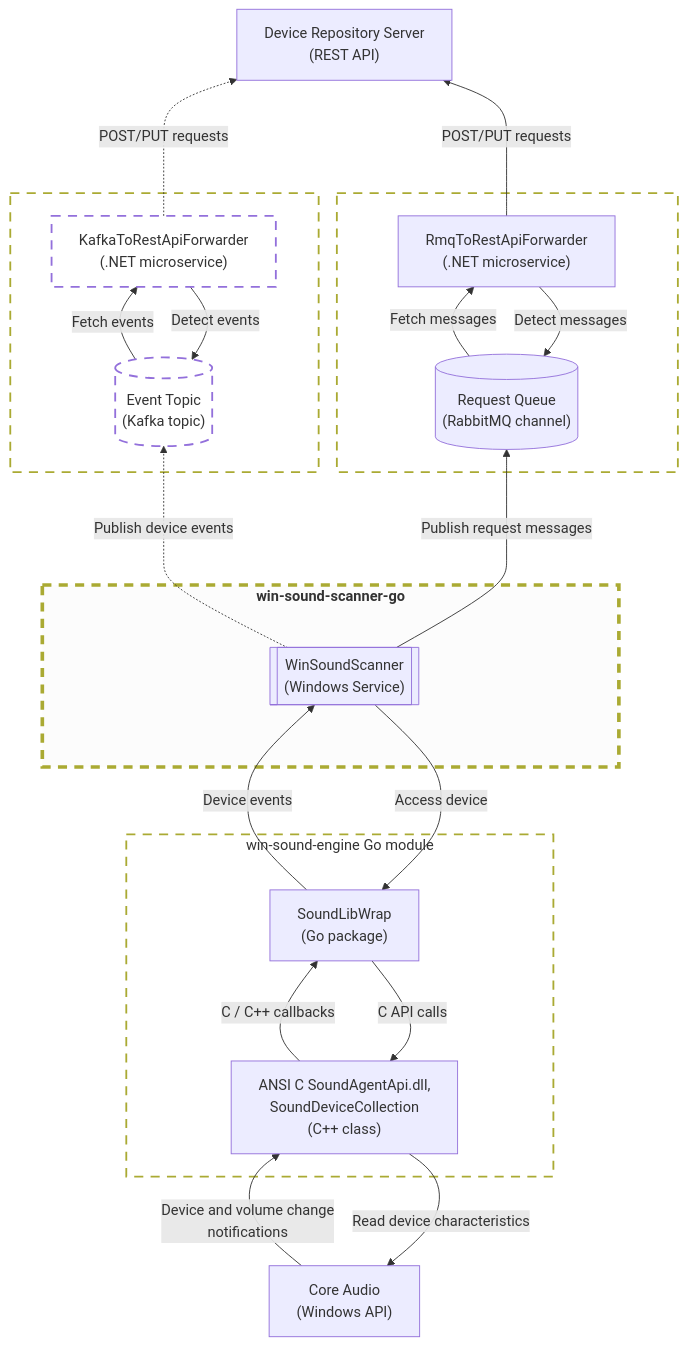
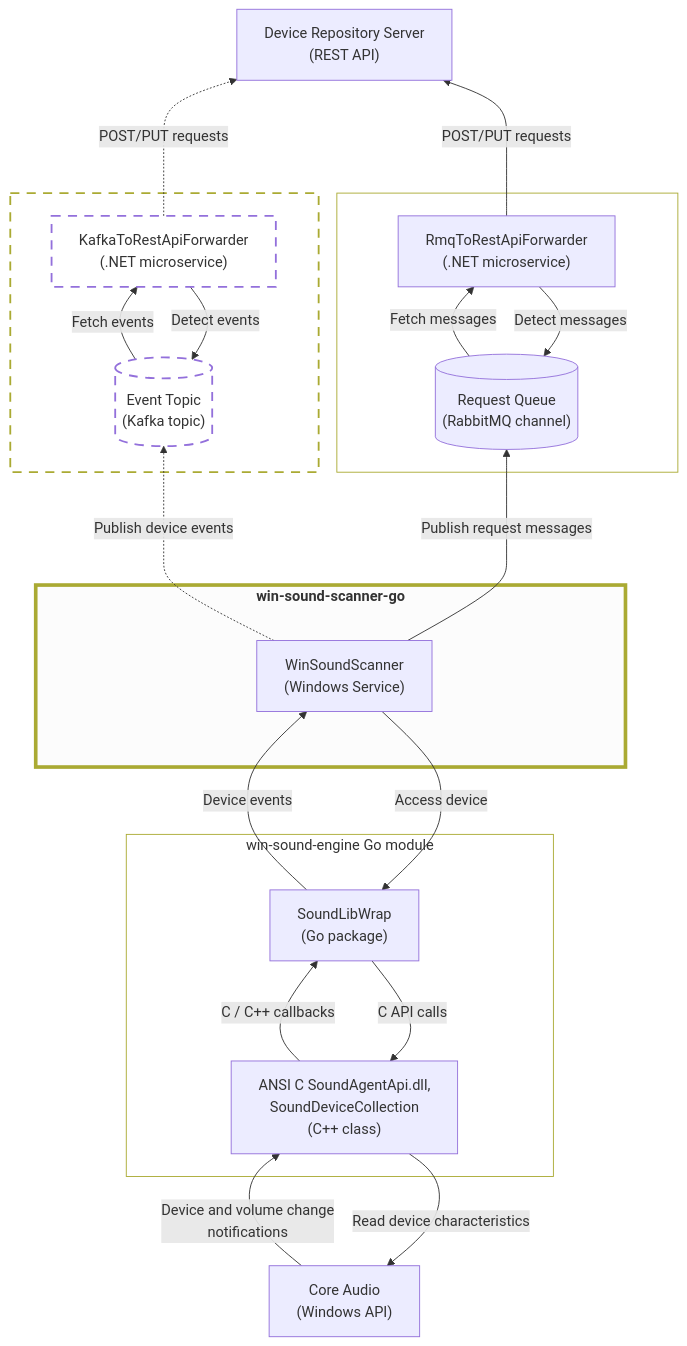
The diagram in README.md (collect-sound-devices/win-sound-scanner-go), drawn with Mermaid before and after one commit.

Commit message:
flowchart styling improvement

````diff
--- a/README.md
+++ b/README.md
@@ -10,64 +10,65 @@
 ```mermaid
 flowchart BT
 
 classDef dottedBox fill:transparent, fill-opacity:0.55, stroke-dasharray:10 8, stroke-width:2px;
-classDef stressedBox fill:#f0f0f0, fill-opacity:0.2, stroke-dasharray:10 8, stroke-width:4px;
+classDef stressedBox fill:#f0f0f0,fill-opacity:0.2,stroke-width:4px;
+classDef normalBox fill:#transparent,fill-opacity:0.0,stroke-width:1px;
 classDef invisibleNode fill:transparent, stroke:transparent;
 
 coreAudioApi["Core Audio<br>(Windows API)"]
 
 subgraph scannerBackend["win-sound-engine Go module"]
     invisible3["<br><br><br><br><br>"]
     class invisible3 invisibleNode
     goCgoWrapper["SoundLibWrap<br>(Go package)"]
     soundAgentApiDll["ANSI C SoundAgentApi.dll,<br>SoundDeviceCollection<br>(C++ class)"]
     invisible4["<br><br><br><br><br>"]
     class invisible4 invisibleNode
 end
-class scannerBackend dottedBox
+class scannerBackend normalBox
 
 coreAudioApi -->|Device and volume change<br>notifications| soundAgentApiDll
 soundAgentApiDll --> |Read device characteristics| coreAudioApi
 
 subgraph scannerService["<b>win-sound-scanner-go</b>"]
-    invisible1["<br><br><br><br><br>"]
+    invisible1["<br><br><br><br>"]
     class invisible1 invisibleNode
-    winSoundScannerService[["WinSoundScanner<br>(Windows Service)"]]
+    winSoundScannerService["WinSoundScanner<br>(Windows Service)"]
     invisible2["<br><br><br><br><br>"]
     class invisible2 invisibleNode
 end
 class scannerService stressedBox
 
 subgraph eventTopicKafkaMicroservice["<br>"]
     eventTopic[("Event Topic<br>(Kafka topic)")]
     class eventTopic dottedBox
     kafkaRestForwarder["KafkaToRestApiForwarder<br>(.NET microservice)"]
     class kafkaRestForwarder dottedBox
 end
 class eventTopicKafkaMicroservice dottedBox
 
 subgraph requestQueueRabbitMqMicroservice["<br>"]
     requestQueue[("Request Queue<br>(RabbitMQ channel)")]
     rabbitMqRestForwarder["RmqToRestApiForwarder<br>(.NET microservice)"]
 end
-class requestQueueRabbitMqMicroservice dottedBox
+class requestQueueRabbitMqMicroservice normalBox
 
 deviceRepositoryApi["Device Repository Server<br>(REST API)"]
 
 winSoundScannerService --> |Access device| goCgoWrapper
 goCgoWrapper -->|Device events| winSoundScannerService
 
 goCgoWrapper --> |C API calls| soundAgentApiDll
 soundAgentApiDll -->|C / C++ callbacks| goCgoWrapper
 
 winSoundScannerService -..-> |Publish device events| eventTopic
 winSoundScannerService --->|Publish request messages| requestQueue
 
 eventTopic -->|Fetch events| kafkaRestForwarder
 kafkaRestForwarder --> |Detect events| eventTopic
 kafkaRestForwarder -..->|POST/PUT requests| deviceRepositoryApi
 
 requestQueue -->|Fetch messages| rabbitMqRestForwarder
 rabbitMqRestForwarder --> |Detect messages| requestQueue
 rabbitMqRestForwarder --->|POST/PUT requests| deviceRepositoryApi
 ```
````
